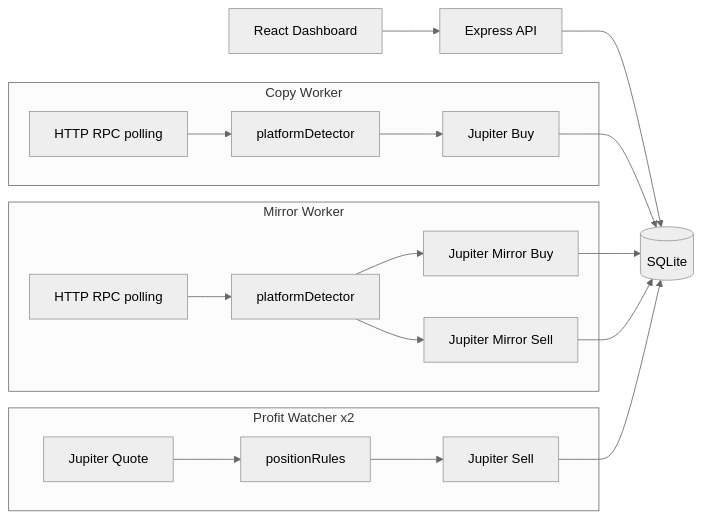
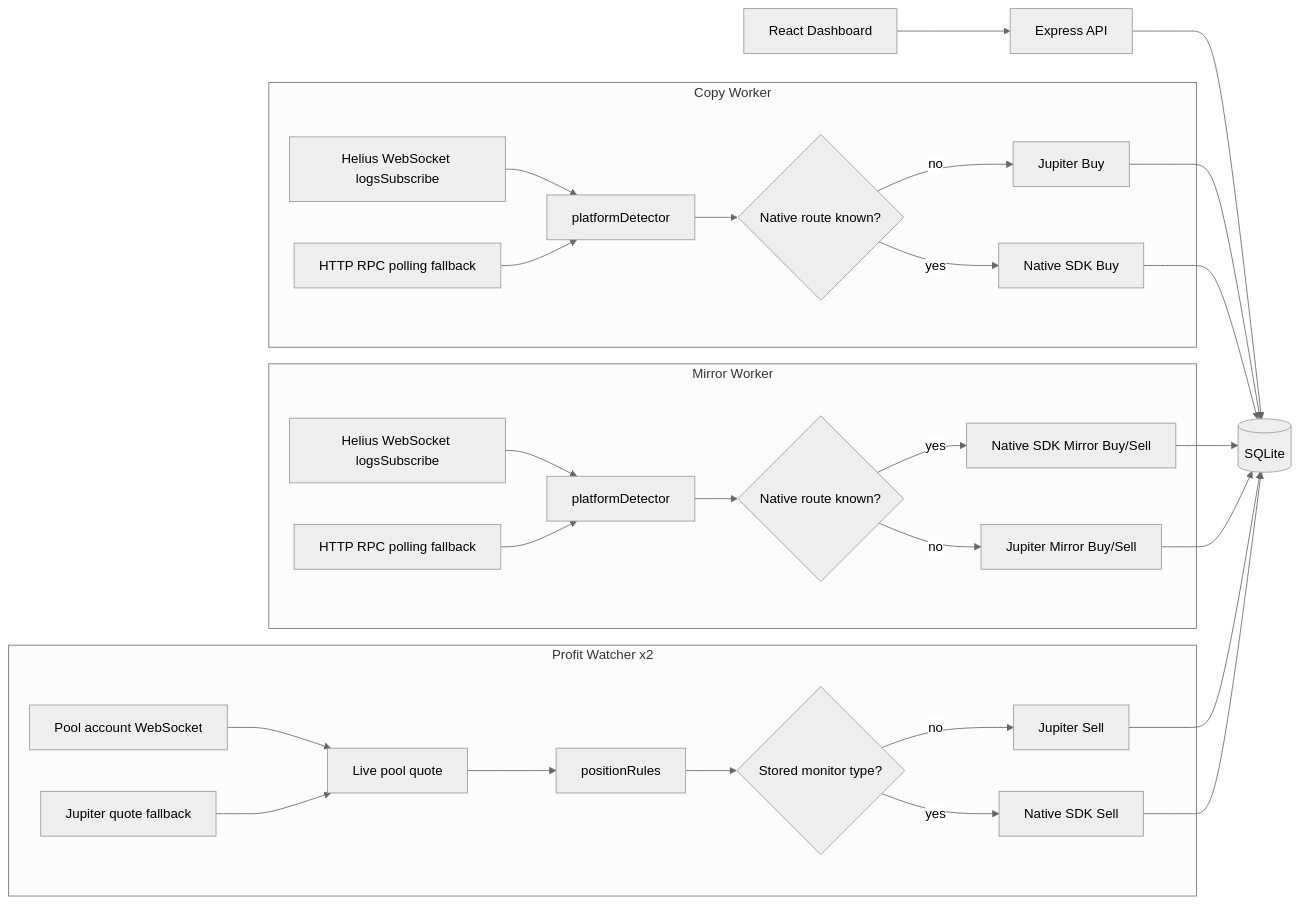
The diagram in README.md (Anjeli-art/solana-copy-trade-bot), drawn with Mermaid (neutral theme) before and after one commit. The commit also changed other lines of this file and 24 other files, not shown here.

Commit message:
native sdk

````diff
--- a/README.md
+++ b/README.md
@@ -45,22 +45,33 @@
 ```mermaid
 flowchart LR
   subgraph monitor [Copy Worker]
-    RPC[HTTP RPC polling] --> Detect[platformDetector]
-    Detect --> Buy[Jupiter Buy]
+    WS[Helius WebSocket logsSubscribe] --> Detect[platformDetector]
+    RPC[HTTP RPC polling fallback] --> Detect
+    Detect --> Route{Native route known?}
+    Route -->|yes| NativeBuy[Native SDK Buy]
+    Route -->|no| Buy[Jupiter Buy]
   end
   subgraph fullcopy [Mirror Worker]
-    MRPC[HTTP RPC polling] --> MDetect[platformDetector]
-    MDetect --> MBuy[Jupiter Mirror Buy]
-    MDetect --> MSell[Jupiter Mirror Sell]
+    MWS[Helius WebSocket logsSubscribe] --> MDetect[platformDetector]
+    MRPC[HTTP RPC polling fallback] --> MDetect
+    MDetect --> MRoute{Native route known?}
+    MRoute -->|yes| MNative[Native SDK Mirror Buy/Sell]
+    MRoute -->|no| MJup[Jupiter Mirror Buy/Sell]
   end
   subgraph exit [Profit Watcher x2]
-    Quote[Jupiter Quote] --> Rules[positionRules]
-    Rules --> Sell[Jupiter Sell]
+    PoolWS[Pool account WebSocket] --> Price[Live pool quote]
+    JQuote[Jupiter quote fallback] --> Price
+    Price --> Rules[positionRules]
+    Rules --> ExitRoute{Stored monitor type?}
+    ExitRoute -->|yes| NativeSell[Native SDK Sell]
+    ExitRoute -->|no| Sell[Jupiter Sell]
   end
   UI[React Dashboard] --> API[Express API]
   API --> SQLite[(SQLite)]
   Buy --> SQLite
-  MBuy --> SQLite
-  MSell --> SQLite
+  NativeBuy --> SQLite
+  MNative --> SQLite
+  MJup --> SQLite
   Sell --> SQLite
+  NativeSell --> SQLite
 ```
````
